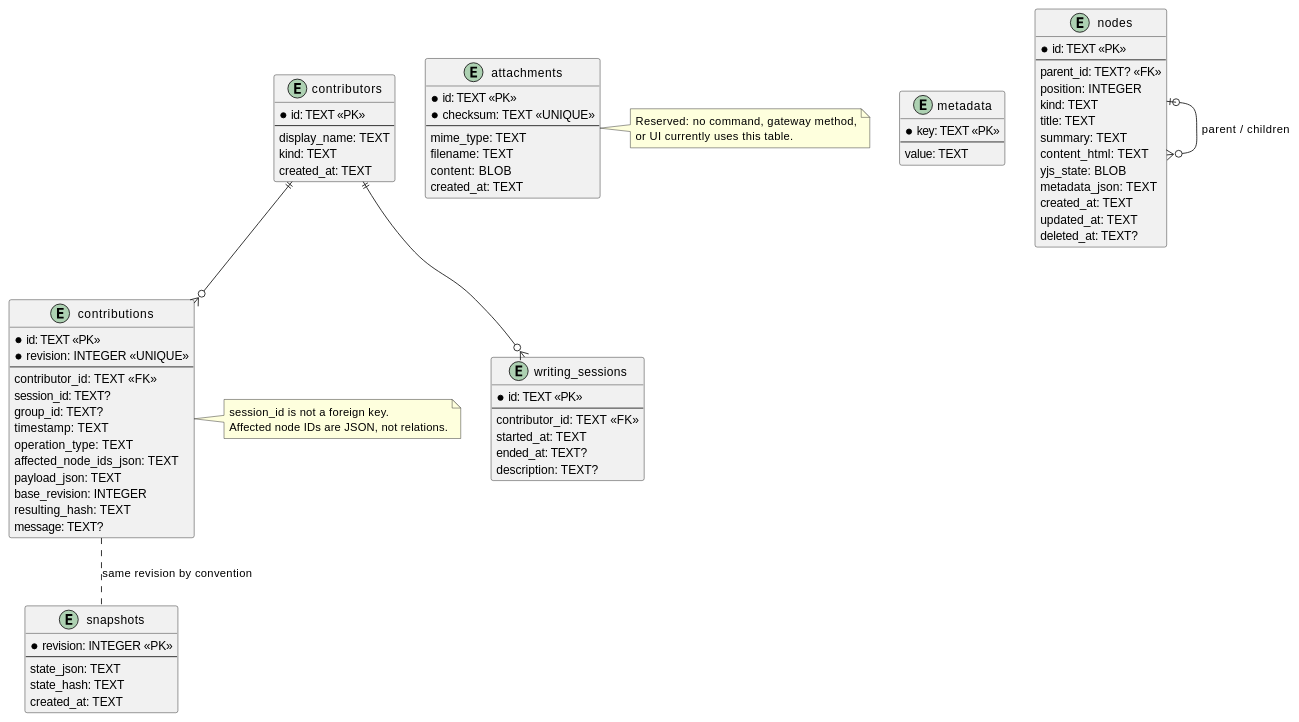
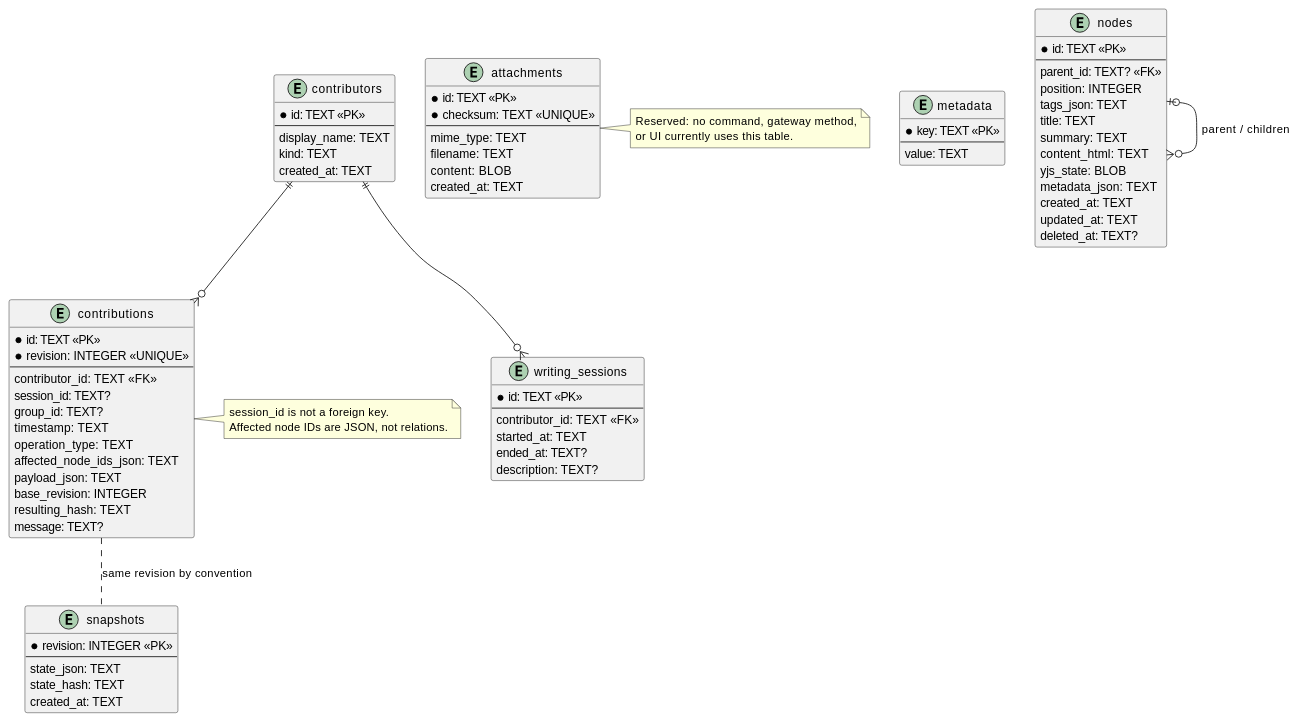
Before and after one commit to benoit-gl/coedit: the fourth of 6 diagrams in docs/PERSISTENCE_DESIGN.md, drawn with PlantUML. The commit also changed other lines of this file and 29 other files, not shown here.

Commit message:
retired kind; implemented tags

```diff
--- a/docs/PERSISTENCE_DESIGN.md
+++ b/docs/PERSISTENCE_DESIGN.md
@@ -323,7 +323,7 @@
   --
   parent_id: TEXT? <<FK>>
   position: INTEGER
-  kind: TEXT
+  tags_json: TEXT
   title: TEXT
   summary: TEXT
   content_html: TEXT
```
